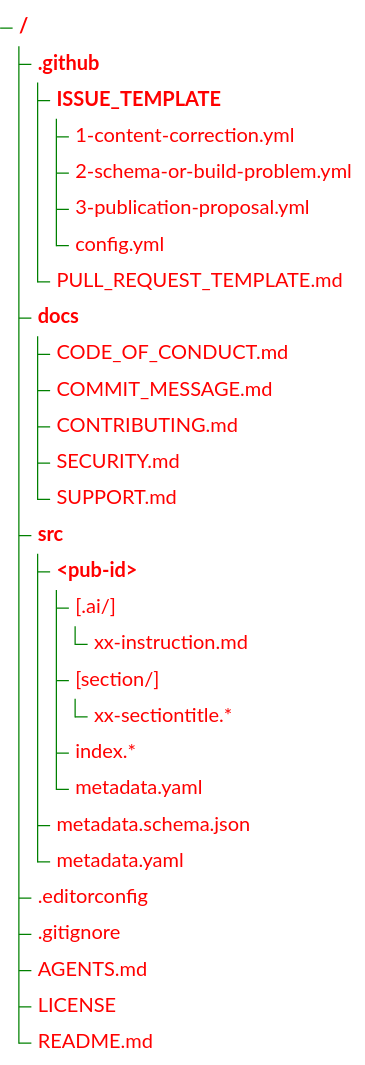
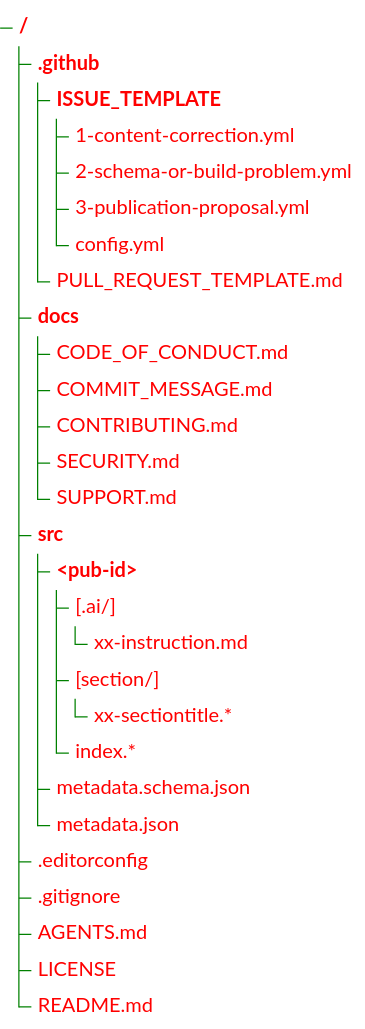
One commit to shorodilov/publications changed the diagram in README.md. Above: the diagram before and after it, drawn with Mermaid. The commit also changed other lines of this file and 7 other files, not shown here.

````diff
--- a/README.md
+++ b/README.md
@@ -20,38 +20,37 @@
 ```mermaid
 ---
 config:
     themeVariables:
         treeView:
             labelColor: "red"
             lineColor: "green"
 ---
 treeView-beta
     ".github/"
         "ISSUE_TEMPLATE/"
             "1-content-correction.yml"
             "2-schema-or-build-problem.yml"
             "3-publication-proposal.yml"
             "config.yml"
         "PULL_REQUEST_TEMPLATE.md"
     "docs/"
         "CODE_OF_CONDUCT.md"
         "COMMIT_MESSAGE.md"
         "CONTRIBUTING.md"
         "SECURITY.md"
         "SUPPORT.md"
     "src/"
         "<pub-id>/"
             "[.ai/]"
                 "xx-instruction.md"
             "[section/]"
                 "xx-sectiontitle.*"
             "index.*"
-            "metadata.yaml"
         "metadata.schema.json"
-        "metadata.yaml"
+        "metadata.json"
     ".editorconfig"
     ".gitignore"
     "AGENTS.md"
     "LICENSE"
     "README.md"
 ```
````
